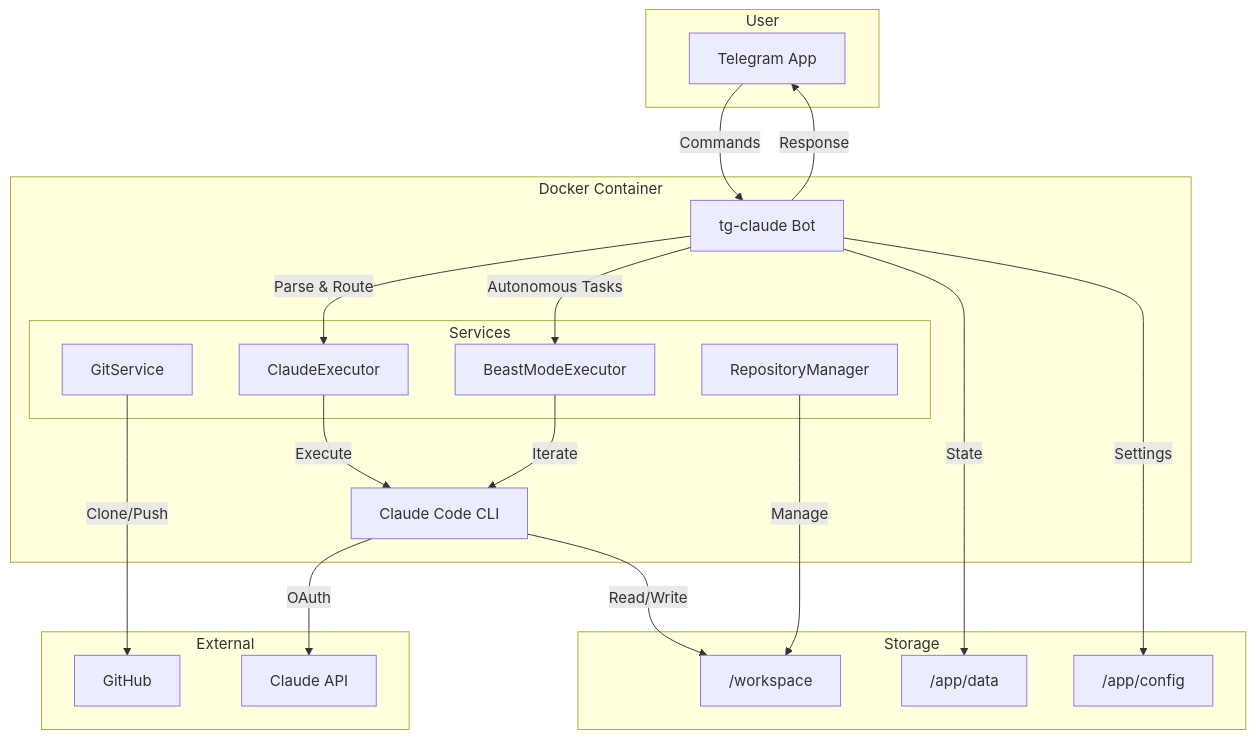
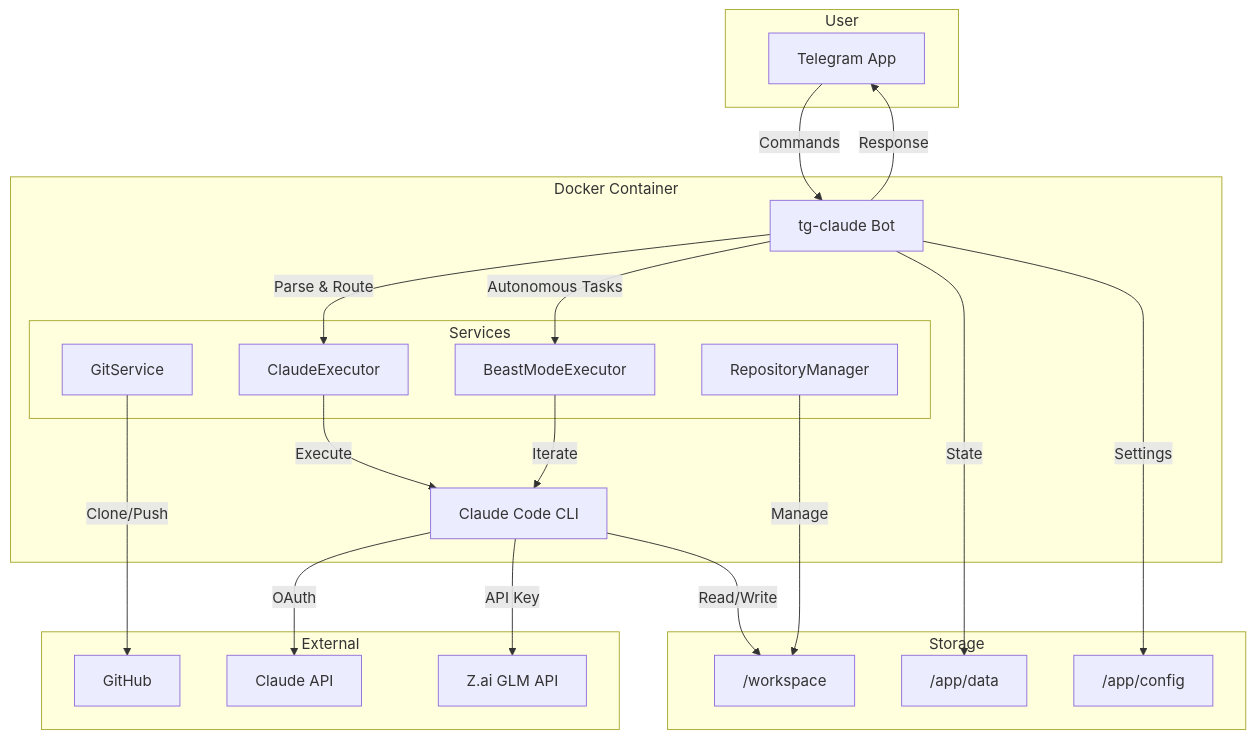
The diagram in README.md (guzus/tg-claude), drawn with Mermaid before and after one commit. The commit also changed other lines of this file and 6 other files, not shown here.

First line of the commit message:
Add Z.ai (GLM-4.7) subscription support for Claude Code (#14)

````diff
--- a/README.md
+++ b/README.md
@@ -11,42 +11,44 @@
 ```mermaid
 flowchart TB
     subgraph User
         TG[Telegram App]
     end
 
     subgraph Docker Container
         Bot[tg-claude Bot]
         Claude[Claude Code CLI]
         
         subgraph Services
             Executor[ClaudeExecutor]
             Beast[BeastModeExecutor]
             Git[GitService]
             Repo[RepositoryManager]
         end
     end
 
     subgraph Storage
         Workspace["/workspace"]
         Data["/app/data"]
         Config["/app/config"]
     end
 
     subgraph External
         GitHub[GitHub]
         ClaudeAPI[Claude API]
+        ZaiAPI[Z.ai GLM API]
     end
 
     TG -->|Commands| Bot
     Bot -->|Parse & Route| Executor
     Bot -->|Autonomous Tasks| Beast
     Executor -->|Execute| Claude
     Beast -->|Iterate| Claude
     Claude -->|OAuth| ClaudeAPI
+    Claude -->|API Key| ZaiAPI
     Claude -->|Read/Write| Workspace
     Git -->|Clone/Push| GitHub
     Repo -->|Manage| Workspace
     Bot -->|State| Data
     Bot -->|Settings| Config
     Bot -->|Response| TG
 ```
````
